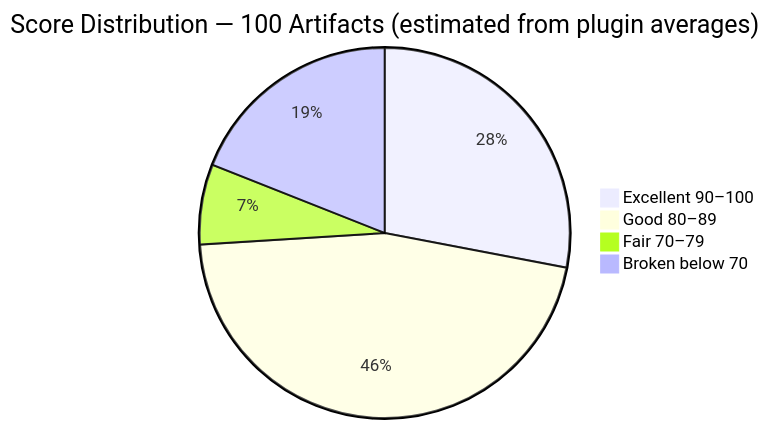
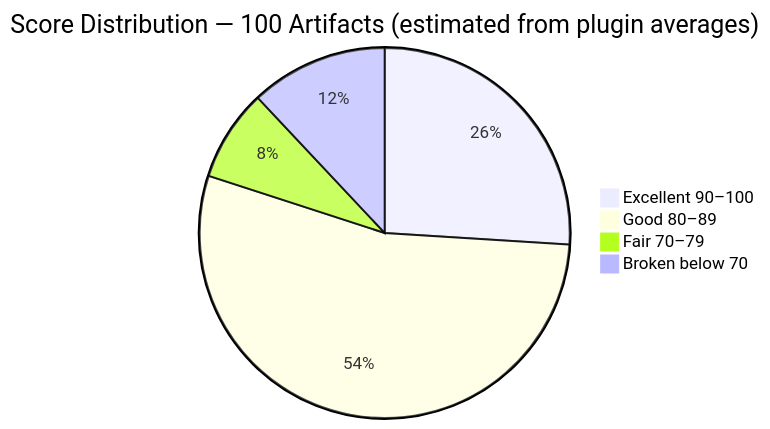
The first of 4 diagrams in case-studies/2026-04-22-wshobson-agents.md (cgartlab/nlpm), drawn with Mermaid before and after one commit. The commit also changed other lines of this file and 2 other files, not shown here.

````diff
--- a/case-studies/2026-04-22-wshobson-agents.md
+++ b/case-studies/2026-04-22-wshobson-agents.md
@@ -21,7 +21,7 @@
 ```mermaid
 pie title Score Distribution — 100 Artifacts (estimated from plugin averages)
-    "Excellent  90–100" : 28
-    "Good  80–89" : 46
-    "Fair  70–79" : 7
-    "Broken  below 70" : 19
+    "Excellent  90–100" : 26
+    "Good  80–89" : 54
+    "Fair  70–79" : 8
+    "Broken  below 70" : 12
 ```
````
